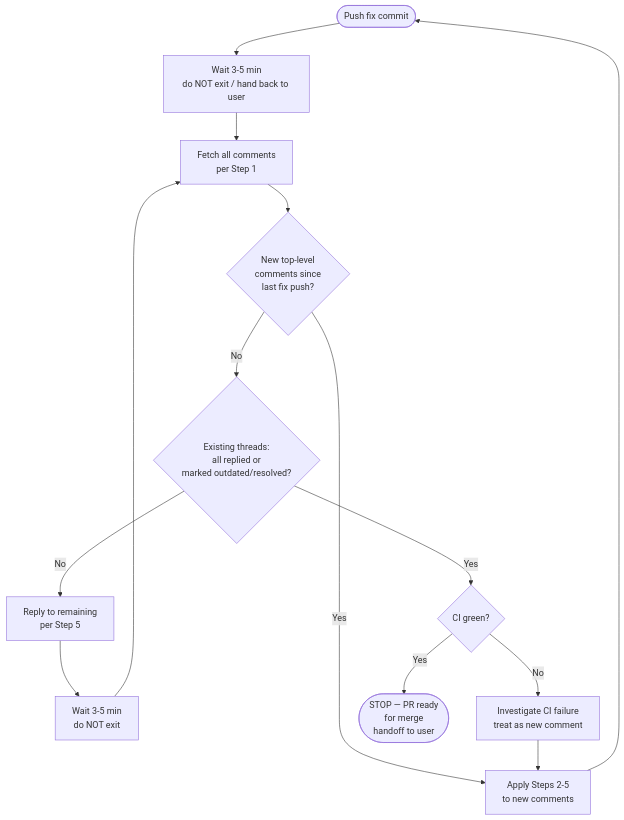
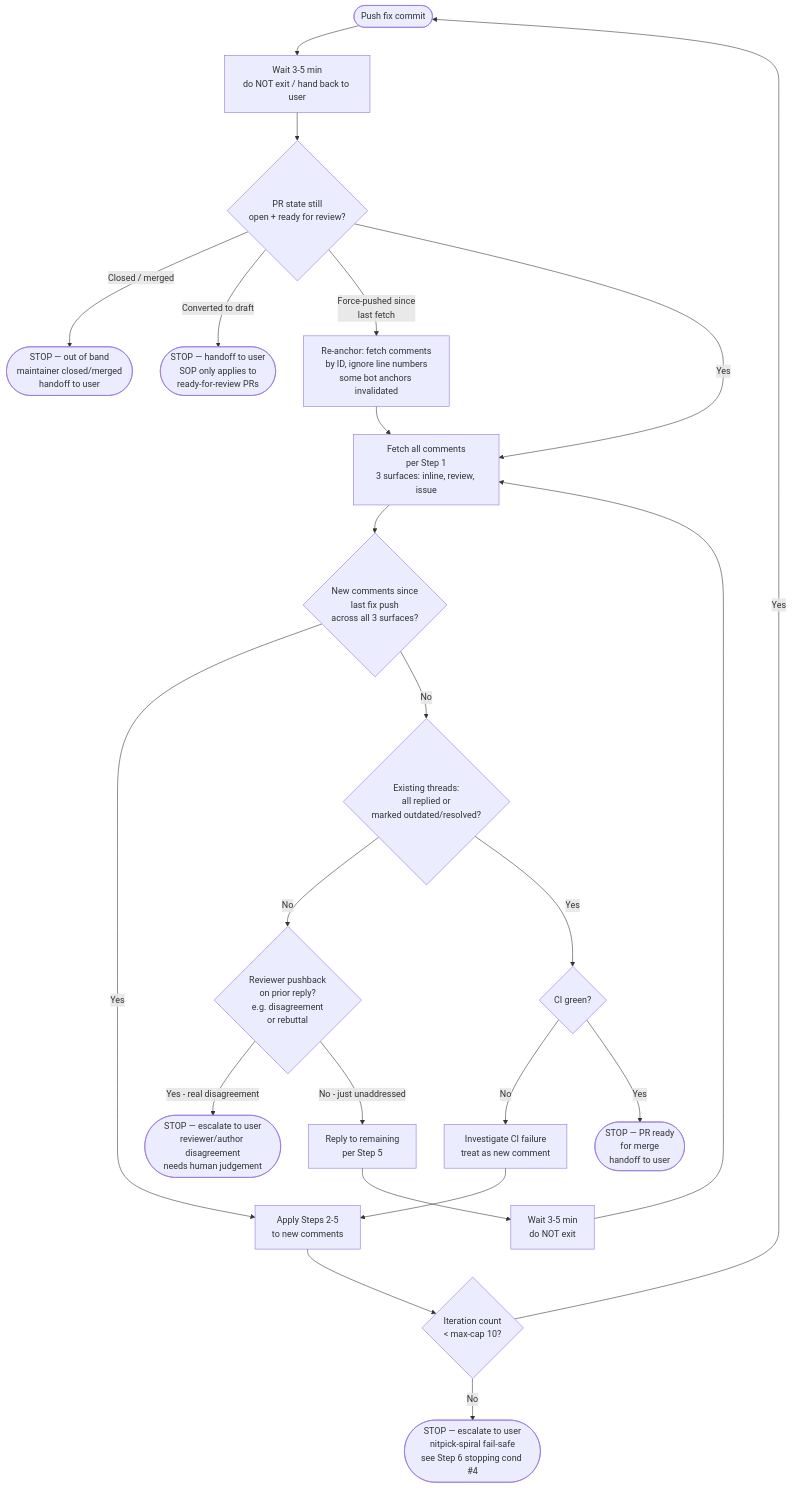
The diagram in src/fx_alfred/rules/COR-1612-SOP-Respond-To-PR-Review-Comments.md (frankyxhl/alfred), drawn with Mermaid before and after one commit. The commit also changed other lines of this file, not shown here.

````diff
--- a/src/fx_alfred/rules/COR-1612-SOP-Respond-To-PR-Review-Comments.md
+++ b/src/fx_alfred/rules/COR-1612-SOP-Respond-To-PR-Review-Comments.md
@@ -130,16 +131,25 @@
 ```mermaid
 flowchart TD
   A([Push fix commit]) --> B[Wait 3-5 min<br/>do NOT exit / hand back to user]
-  B --> C[Fetch all comments<br/>per Step 1]
-  C --> D{New top-level<br/>comments since<br/>last fix push?}
+  B --> P{PR state still<br/>open + ready for review?}
+  P -->|Closed / merged| Z1([STOP — out of band<br/>maintainer closed/merged<br/>handoff to user])
+  P -->|Converted to draft| Z2([STOP — handoff to user<br/>SOP only applies to<br/>ready-for-review PRs])
+  P -->|Force-pushed since<br/>last fetch| FP[Re-anchor: fetch comments<br/>by ID, ignore line numbers<br/>some bot anchors invalidated]
+  FP --> C
+  P -->|Yes| C[Fetch all comments<br/>per Step 1<br/>3 surfaces: inline, review, issue]
+  C --> D{New comments since<br/>last fix push<br/>across all 3 surfaces?}
   D -->|Yes| E[Apply Steps 2-5<br/>to new comments]
-  E --> A
+  E --> M{Iteration count<br/>< max-cap 10?}
+  M -->|Yes| A
+  M -->|No| Z3([STOP — escalate to user<br/>nitpick-spiral fail-safe<br/>see Step 6 stopping cond #4])
   D -->|No| F{Existing threads:<br/>all replied or<br/>marked outdated/resolved?}
-  F -->|No| G[Reply to remaining<br/>per Step 5]
+  F -->|No| RD{Reviewer pushback<br/>on prior reply?<br/>e.g. disagreement<br/>or rebuttal}
+  RD -->|Yes - real disagreement| Z4([STOP — escalate to user<br/>reviewer/author disagreement<br/>needs human judgement])
+  RD -->|No - just unaddressed| G[Reply to remaining<br/>per Step 5]
   G --> H[Wait 3-5 min<br/>do NOT exit]
   H --> C
   F -->|Yes| I{CI green?}
   I -->|No| J[Investigate CI failure<br/>treat as new comment]
   J --> E
   I -->|Yes| K([STOP — PR ready<br/>for merge<br/>handoff to user])
 ```
````
